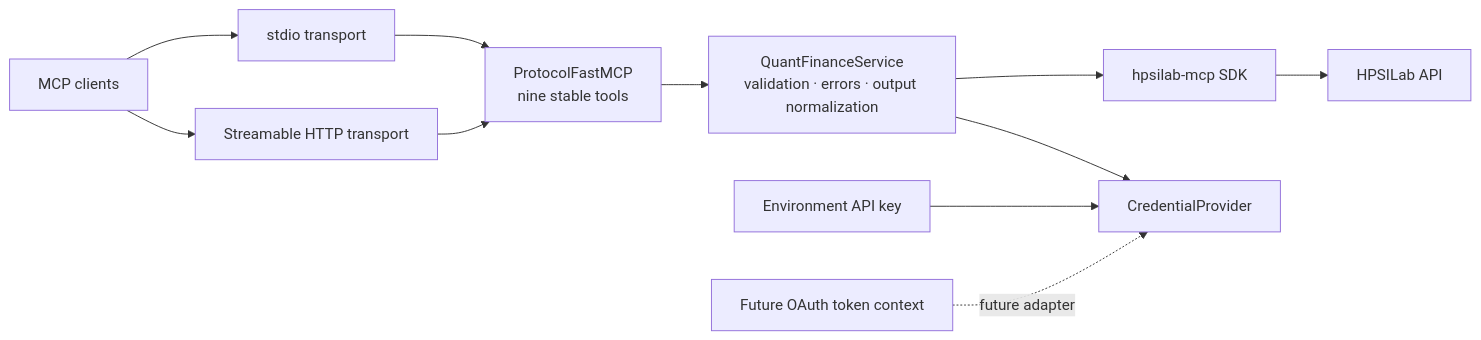
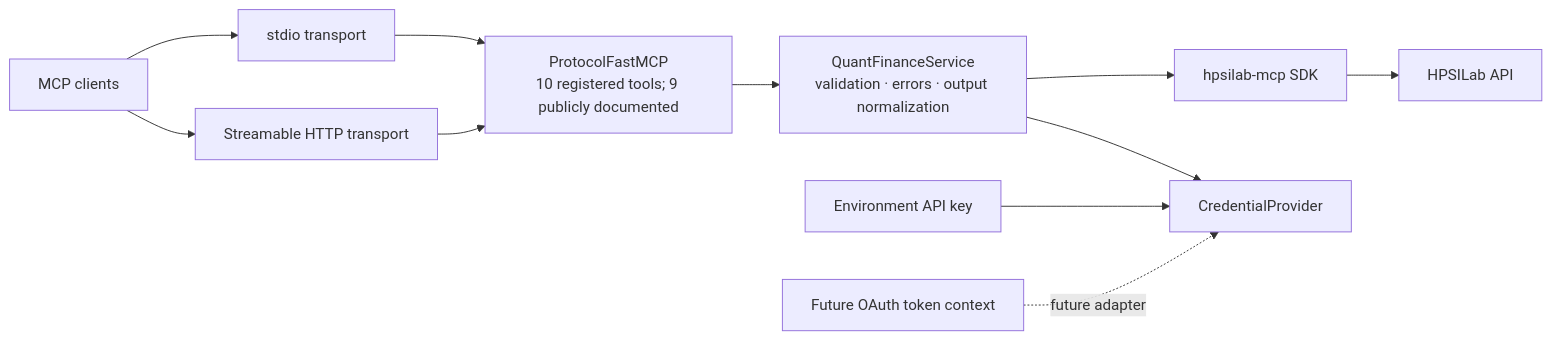
Before and after one commit to haiyunsky/hpsilab-quant-finance-mcp: the diagram in docs/architecture.md, drawn with Mermaid. The commit also changed 15 other files, not shown here.

````diff
--- a/docs/architecture.md
+++ b/docs/architecture.md
@@ -7,20 +7,20 @@
 ```mermaid
 flowchart LR
     C["MCP clients"]
     STDIO["stdio transport"]
     HTTP["Streamable HTTP transport"]
-    MCP["ProtocolFastMCP<br/>nine stable tools"]
+    MCP["ProtocolFastMCP<br/>10 registered tools; 9 publicly documented"]
     SERVICE["QuantFinanceService<br/>validation · errors · output normalization"]
     CREDS["CredentialProvider"]
     ENV["Environment API key"]
     FUTURE["Future OAuth token context"]
     SDK["hpsilab-mcp SDK"]
     API["HPSILab API"]
 
     C --> STDIO --> MCP
     C --> HTTP --> MCP
     MCP --> SERVICE --> SDK --> API
     SERVICE --> CREDS
     ENV --> CREDS
     FUTURE -. future adapter .-> CREDS
 ```
````
